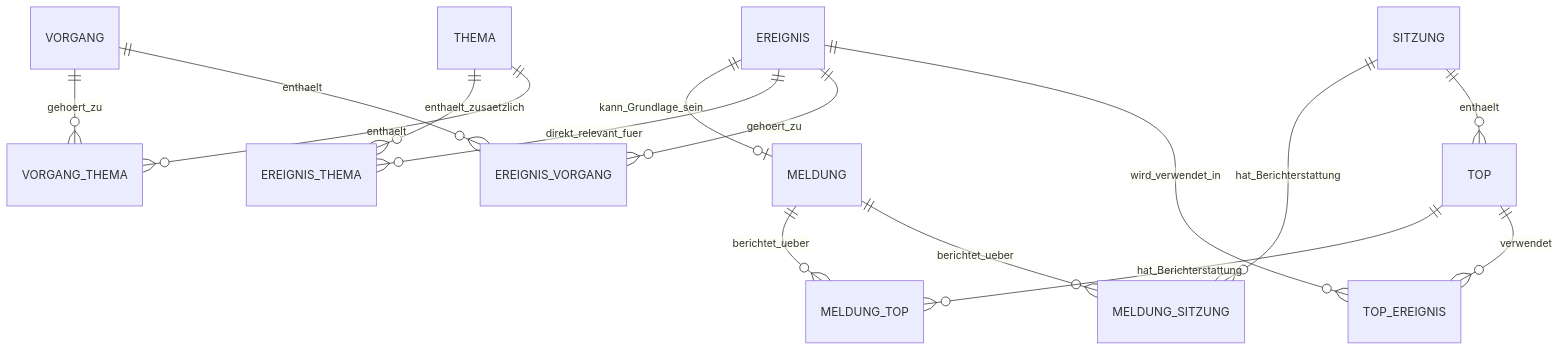
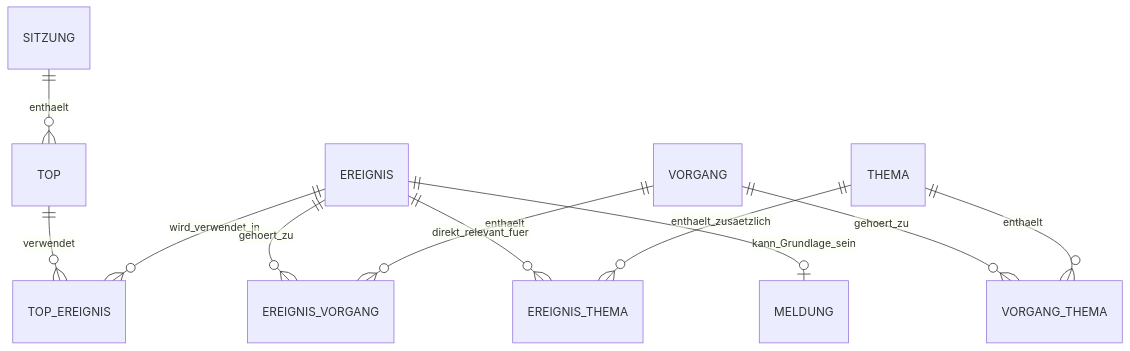
The first of 2 diagrams in docs/Sitzungs-und-Beschlussmodell.md (PustefixReisen/fib-echtsystem), drawn with Mermaid before and after one commit. The commit also changed other lines of this file, not shown here.

````diff
--- a/docs/Sitzungs-und-Beschlussmodell.md
+++ b/docs/Sitzungs-und-Beschlussmodell.md
@@ -23,24 +23,18 @@
 ```mermaid
 erDiagram
     SITZUNG ||--o{ TOP : enthaelt
 
     TOP ||--o{ TOP_EREIGNIS : verwendet
     EREIGNIS ||--o{ TOP_EREIGNIS : wird_verwendet_in
 
     EREIGNIS ||--o{ EREIGNIS_VORGANG : gehoert_zu
     VORGANG ||--o{ EREIGNIS_VORGANG : enthaelt
 
     VORGANG ||--o{ VORGANG_THEMA : gehoert_zu
     THEMA ||--o{ VORGANG_THEMA : enthaelt
 
     EREIGNIS ||--o{ EREIGNIS_THEMA : direkt_relevant_fuer
     THEMA ||--o{ EREIGNIS_THEMA : enthaelt_zusaetzlich
 
     EREIGNIS ||--o| MELDUNG : kann_Grundlage_sein
-
-    SITZUNG ||--o{ MELDUNG_SITZUNG : hat_Berichterstattung
-    MELDUNG ||--o{ MELDUNG_SITZUNG : berichtet_ueber
-
-    TOP ||--o{ MELDUNG_TOP : hat_Berichterstattung
-    MELDUNG ||--o{ MELDUNG_TOP : berichtet_ueber
 ```
````
